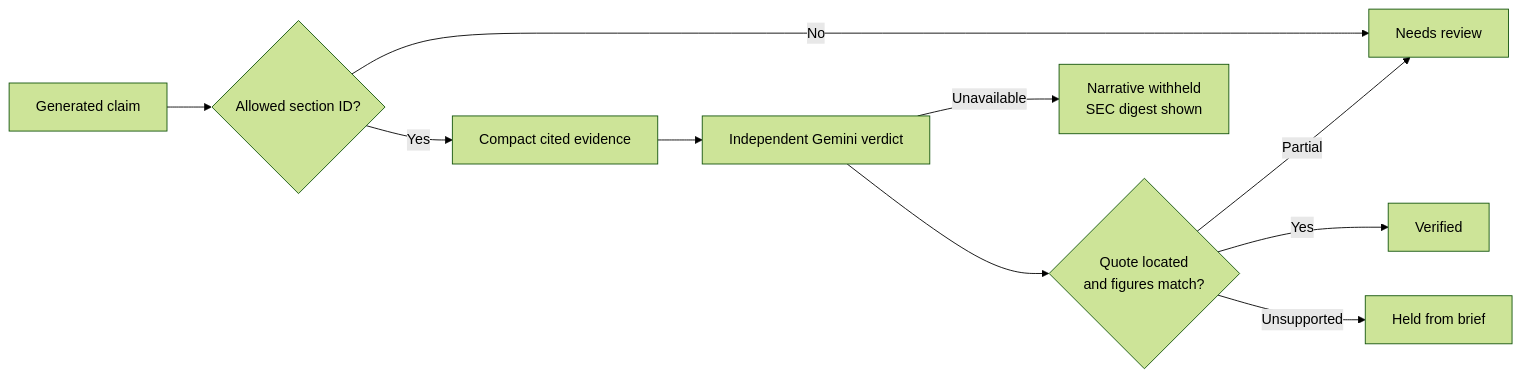
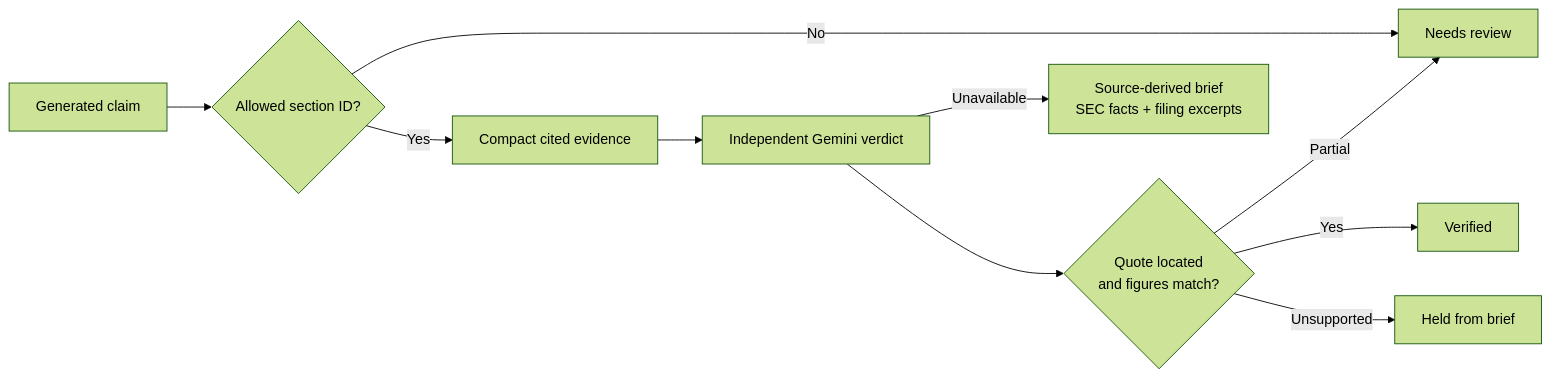
The third of 4 diagrams in README.md (iamestime/ai-prototype-advisor-brief), drawn with Mermaid (forest theme) before and after one commit. The commit also changed other lines of this file and 3 other files, not shown here.

````diff
--- a/README.md
+++ b/README.md
@@ -121,12 +141,12 @@
 ```mermaid
 flowchart LR
     C["Generated claim"] --> A{"Allowed section ID?"}
     A -->|No| R["Needs review"]
     A -->|Yes| Q["Compact cited evidence"]
     Q --> V["Independent Gemini verdict"]
     V --> D{"Quote located<br/>and figures match?"}
     D -->|Yes| S["Verified"]
     D -->|Partial| R
     D -->|Unsupported| H["Held from brief"]
-    V -->|Unavailable| F["Narrative withheld<br/>SEC digest shown"]
+    V -->|Unavailable| F["Source-derived brief<br/>SEC facts + filing excerpts"]
 ```
````
